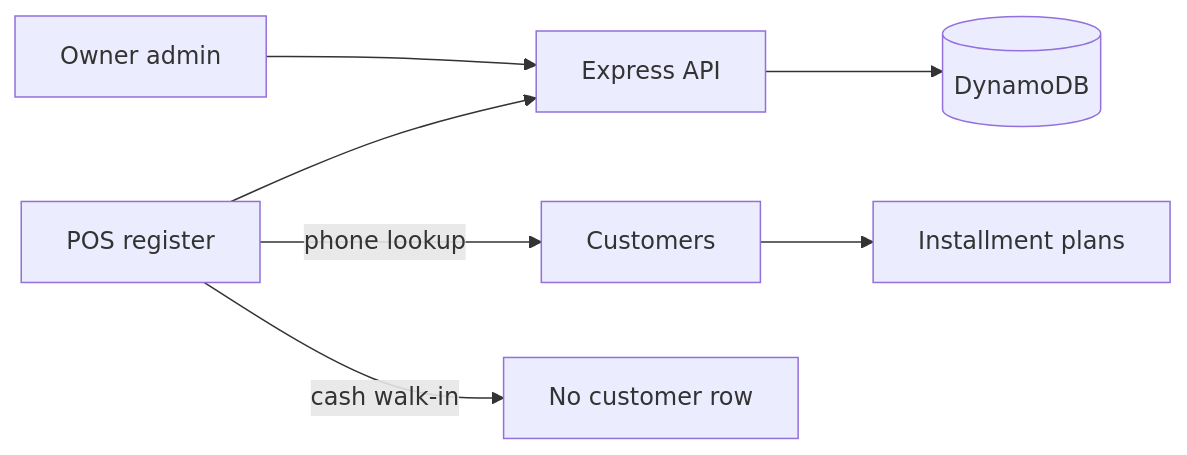
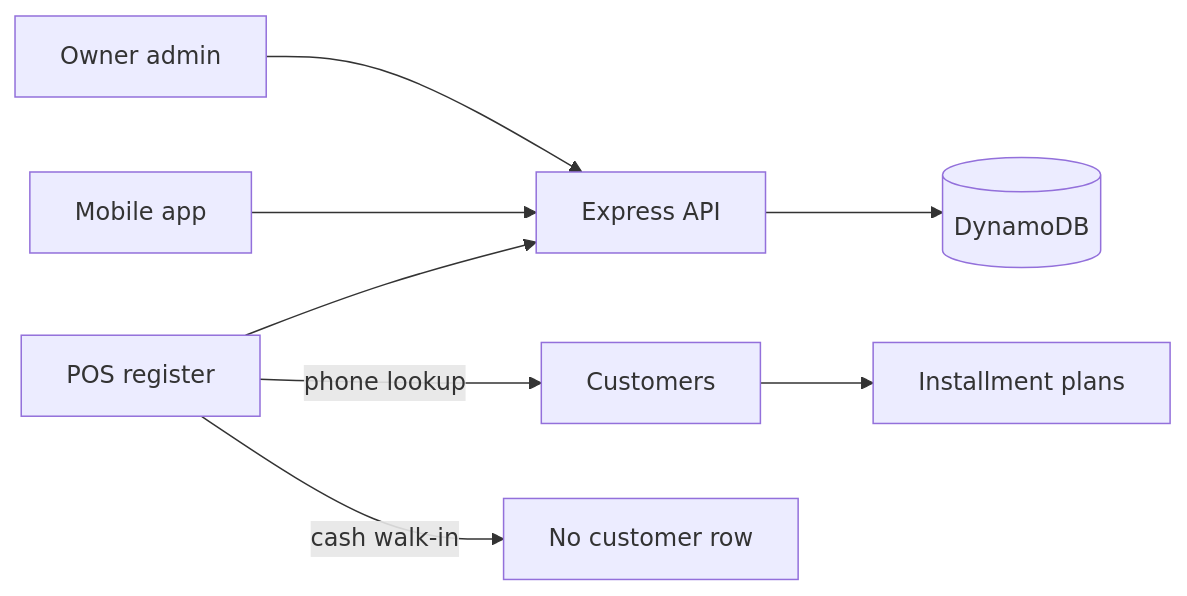
One commit to thanuj88/smart-erp-backend changed the diagram in README.md. Above: the diagram before and after it, drawn with Mermaid. The commit also changed other lines of this file, not shown here.

Commit message:
Update README.md to enhance API documentation and clarify usage with the PosBright mobile app. Added details on API surface, prerequisites, and local setup instructions. Improved descriptions for scripts and clarified demo account creation process.

````diff
--- a/README.md
+++ b/README.md
@@ -18,9 +18,10 @@
 ```mermaid
 flowchart LR
   POS[POS register] --> API[Express API]
   Admin[Owner admin] --> API
+  Phone[Mobile app] --> API
   API --> DDB[(DynamoDB)]
   POS -->|phone lookup| Members[Customers]
   Members --> Plans[Installment plans]
   POS -->|cash walk-in| NoRow[No customer row]
 ```
````
